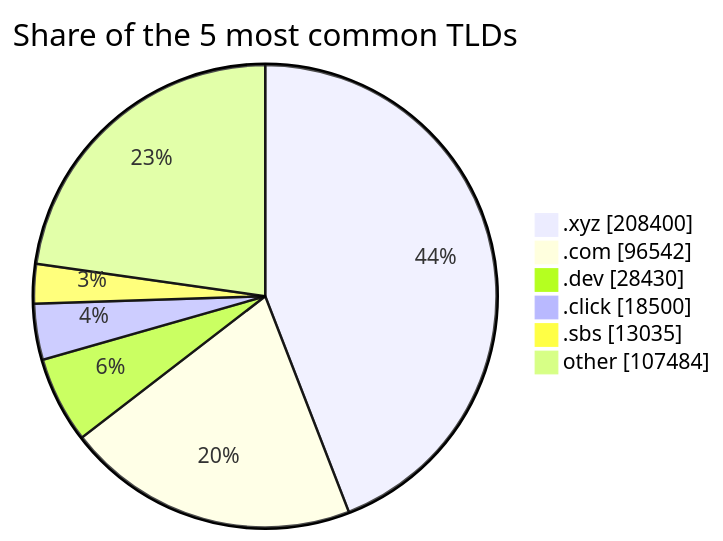
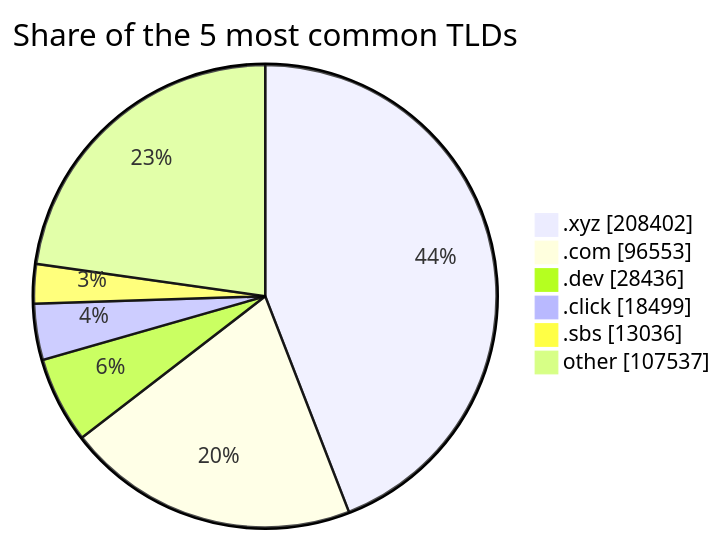
Before and after one commit to DNSBunker/CTI: the second of 2 diagrams in README.md, drawn with Mermaid. The commit also changed other lines of this file and 3 other files, not shown here.

````diff
--- a/README.md
+++ b/README.md
@@ -72,9 +72,9 @@
 ```mermaid
 pie showData title Share of the 5 most common TLDs
-    ".xyz" : 208400
-    ".com" : 96542
-    ".dev" : 28430
-    ".click" : 18500
-    ".sbs" : 13035
-    "other" : 107484
+    ".xyz" : 208402
+    ".com" : 96553
+    ".dev" : 28436
+    ".click" : 18499
+    ".sbs" : 13036
+    "other" : 107537
 ```
````
